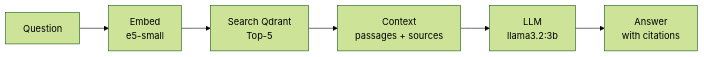
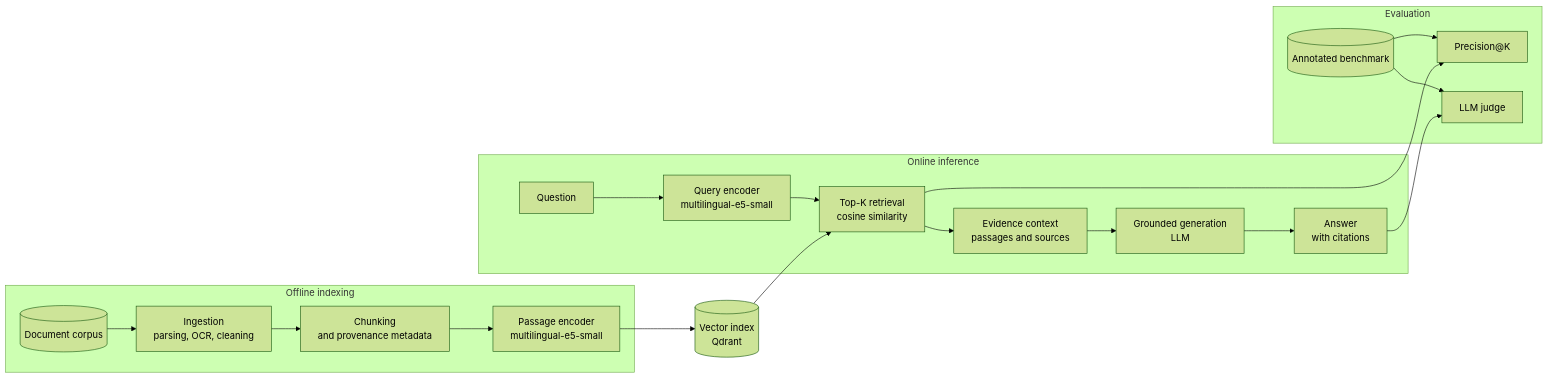
Before and after one commit to soumailaniampa11/multimodal-genai-decision-support: the first of 2 diagrams in README.md, drawn with Mermaid (forest theme). The commit also changed other lines of this file, not shown here.

Commit message:
docs: rewrite README with project status, architecture and results

````diff
--- a/README.md
+++ b/README.md
@@ -119,4 +51,28 @@
 ```mermaid
 flowchart LR
-    A["Question"] --> B["Embed<br/>e5-small"] --> C["Search Qdrant<br/>Top-5"] --> D["Context<br/>passages + sources"] --> E["LLM<br/>llama3.2:3b"] --> F["Answer<br/>with citations"]
+    subgraph OFF["Offline indexing"]
+        DOC[("Document corpus")] --> ING["Ingestion<br/>parsing, OCR, cleaning"]
+        ING --> CHK["Chunking<br/>and provenance metadata"]
+        CHK --> PE["Passage encoder<br/>multilingual-e5-small"]
+    end
+
+    PE --> IDX[("Vector index<br/>Qdrant")]
+
+    subgraph ON["Online inference"]
+        Q["Question"] --> QE["Query encoder<br/>multilingual-e5-small"]
+        QE --> RET["Top-K retrieval<br/>cosine similarity"]
+        RET --> CTX["Evidence context<br/>passages and sources"]
+        CTX --> GEN["Grounded generation<br/>LLM"]
+        GEN --> ANS["Answer<br/>with citations"]
+    end
+
+    IDX --> RET
+
+    subgraph EVAL["Evaluation"]
+        BEN[("Annotated benchmark")] --> PK["Precision@K"]
+        BEN --> JDG["LLM judge"]
+    end
+
+    RET --> PK
+    ANS --> JDG
 ```
````
